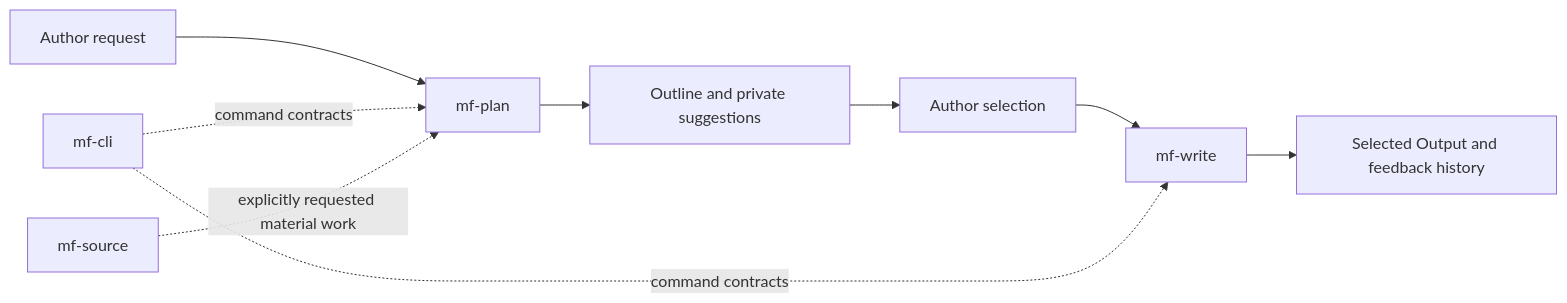
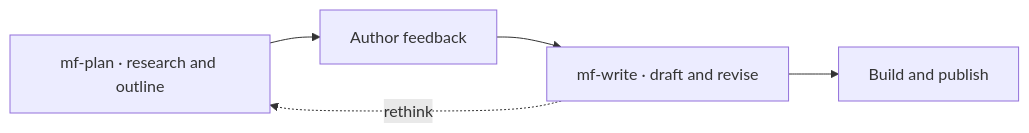
One commit to alswl/mind-forge changed the second of 2 diagrams in README.md. Above: the diagram before and after it, drawn with Mermaid. The commit also changed other lines of this file and 1 other file, not shown here.

````diff
--- a/README.md
+++ b/README.md
@@ -500,11 +120,7 @@
 ```mermaid
 flowchart LR
-  Request[Author request] --> Plan[mf-plan]
-  Plan --> Outline[Outline and private suggestions]
-  Outline --> Choice[Author selection]
-  Choice --> Write[mf-write]
-  Write --> Draft[Selected Output and feedback history]
-  CLI[mf-cli] -. command contracts .-> Plan
-  CLI -. command contracts .-> Write
-  Sources[mf-source] -. explicitly requested material work .-> Plan
+  Plan["mf-plan · research and outline"] --> Choice[Author feedback]
+  Choice --> Write["mf-write · draft and revise"]
+  Write --> Build[Build and publish]
+  Write -. rethink .-> Plan
 ```
````
